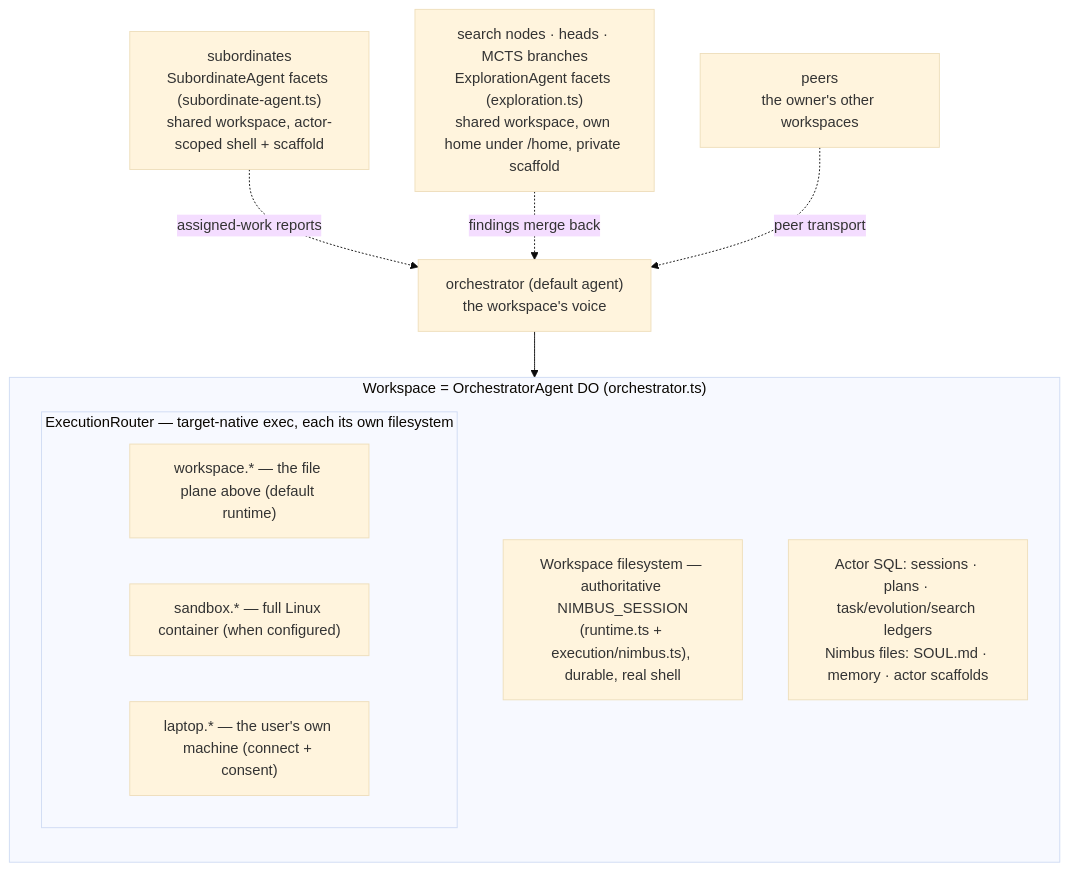
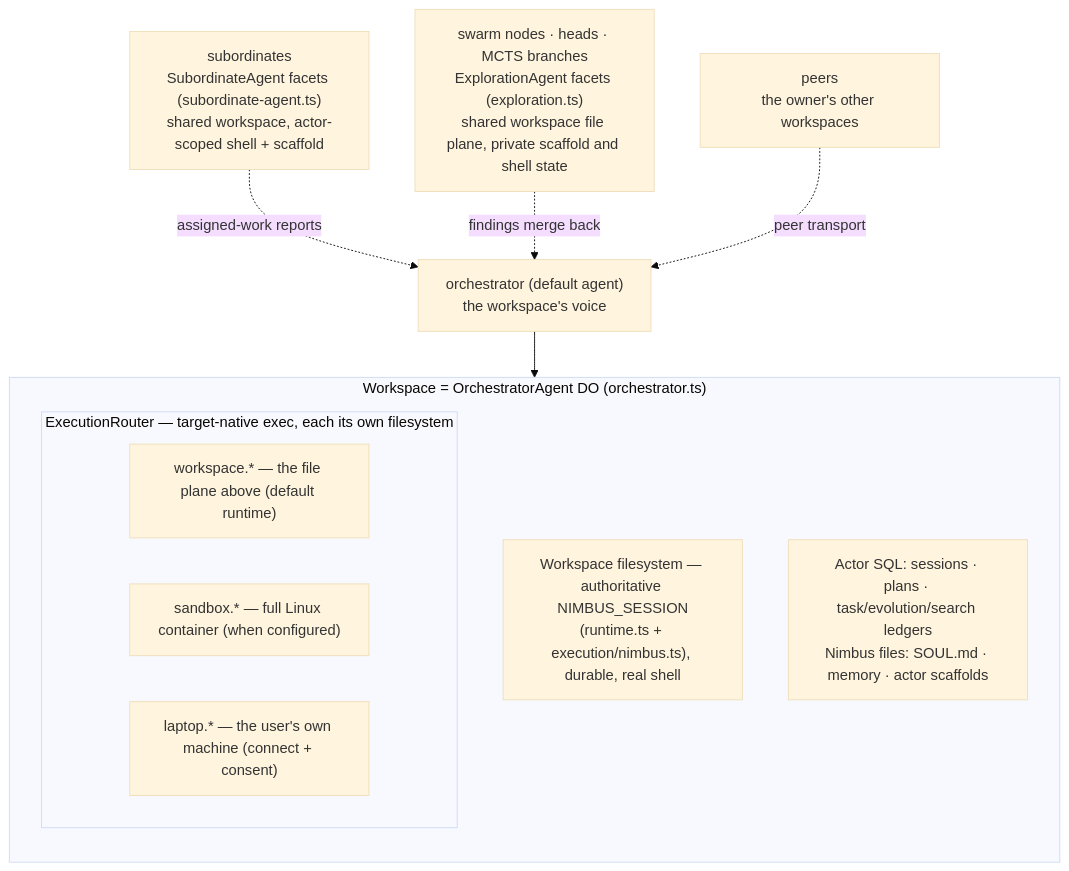
One commit to AshishKumar4/Proteus changed the first of 5 diagrams in docs/ARCHITECTURE.md. Above: the diagram before and after it, drawn with Mermaid (base theme). The commit also changed 7 other files, not shown here.

````diff
--- a/docs/ARCHITECTURE.md
+++ b/docs/ARCHITECTURE.md
@@ -30,18 +30,18 @@
 ```mermaid
 graph TB
     subgraph WS["Workspace = OrchestratorAgent DO (orchestrator.ts)"]
         direction TB
         Files["Workspace filesystem — authoritative NIMBUS_SESSION<br/>(runtime.ts + execution/nimbus.ts), durable, real shell"]
         subgraph Execs["ExecutionRouter — target-native exec, each its own filesystem"]
             W["workspace.* — the file plane above (default runtime)"]
             S["sandbox.* — full Linux container (when configured)"]
             P["laptop.* — the user's own machine (connect + consent)"]
         end
         State["Actor SQL: sessions · plans · task/evolution/search ledgers<br/>Nimbus files: SOUL.md · memory · actor scaffolds"]
     end
 
     Orch["orchestrator (default agent)<br/>the workspace's voice"] --> WS
     Subs["subordinates<br/>SubordinateAgent facets (subordinate-agent.ts)<br/>shared workspace, actor-scoped shell + scaffold"] -.->|assigned-work reports| Orch
-    Heads["search nodes · heads · MCTS branches<br/>ExplorationAgent facets (exploration.ts)<br/>shared workspace, own home under /home, private scaffold"] -.->|findings merge back| Orch
+    Heads["swarm nodes · heads · MCTS branches<br/>ExplorationAgent facets (exploration.ts)<br/>shared workspace file plane, private scaffold and shell state"] -.->|findings merge back| Orch
     Peers["peers<br/>the owner's other workspaces"] -.->|peer transport| Orch
 ```
````
